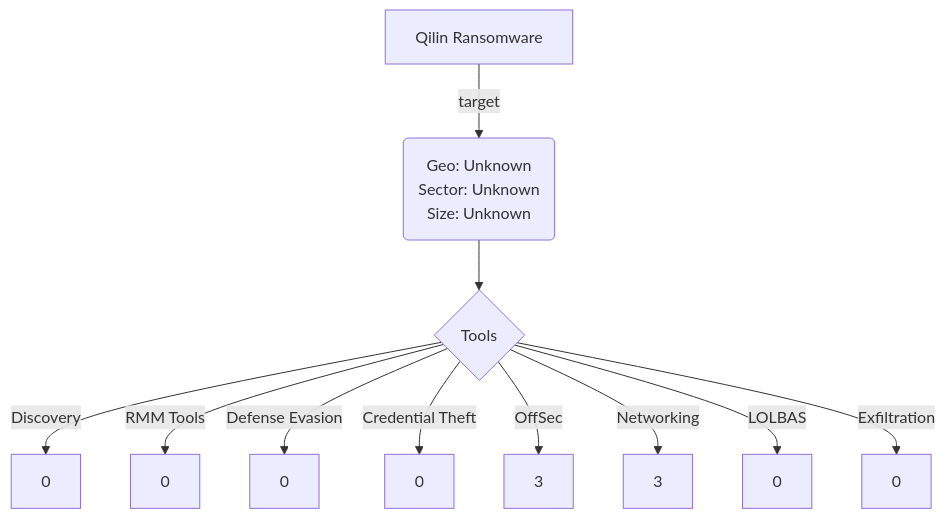
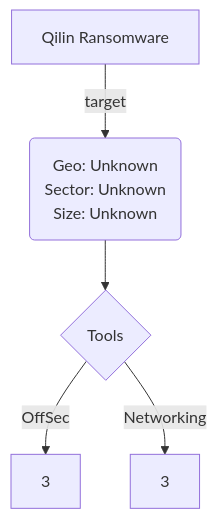
Before and after one commit to BushidoUK/Ransomware-Tool-Matrix: the diagram in CommunityReports/Qilin-June-2022.md, drawn with Mermaid.

````diff
--- a/CommunityReports/Qilin-June-2022.md
+++ b/CommunityReports/Qilin-June-2022.md
@@ -50,15 +50,9 @@
 ```mermaid
 flowchart TD;
     A[Qilin Ransomware] -->|target| B(Geo: Unknown
 Sector: Unknown
 Size: Unknown);
     B --> C{Tools};
-    C -->|Discovery| D[0];
-    C -->|RMM Tools| E[0];
-    C -->|Defense Evasion| F[0];
-    C -->|Credential Theft| G[0];
     C -->|OffSec| H[3];
     C -->|Networking| I[3];
-    C -->|LOLBAS| J[0];
-    C -->|Exfiltration| K[0];
 ```
````
